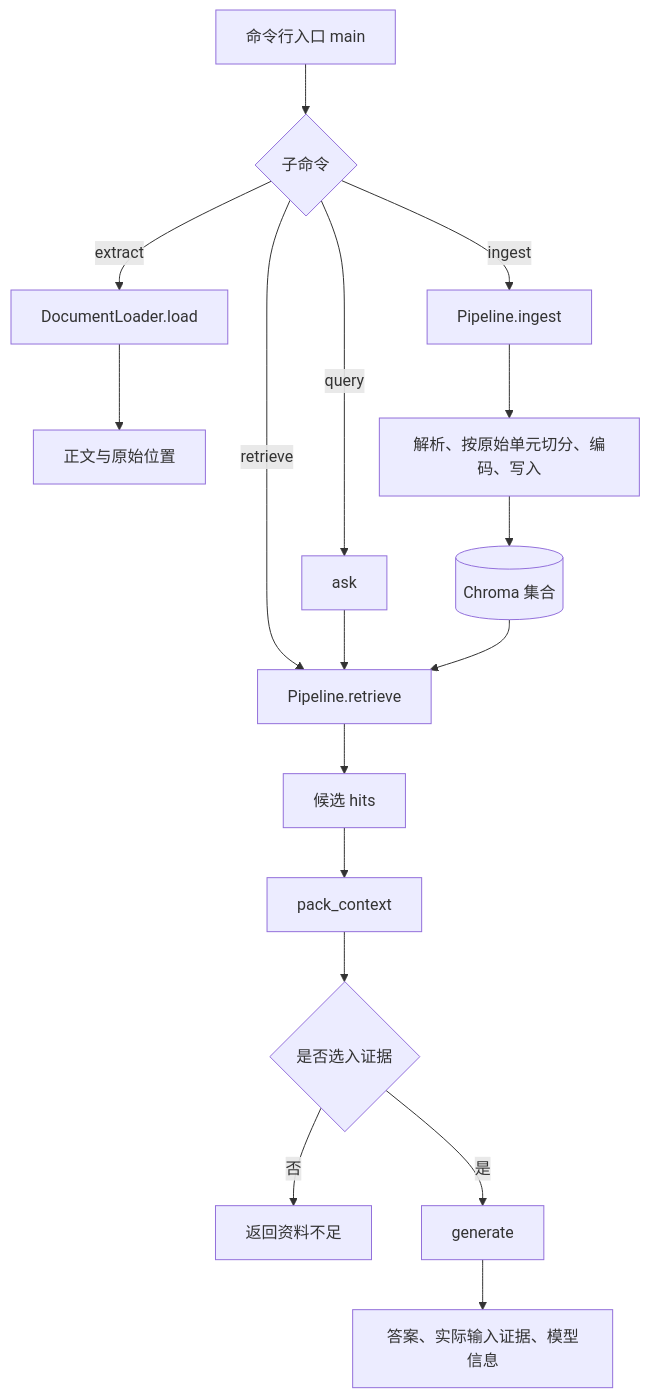
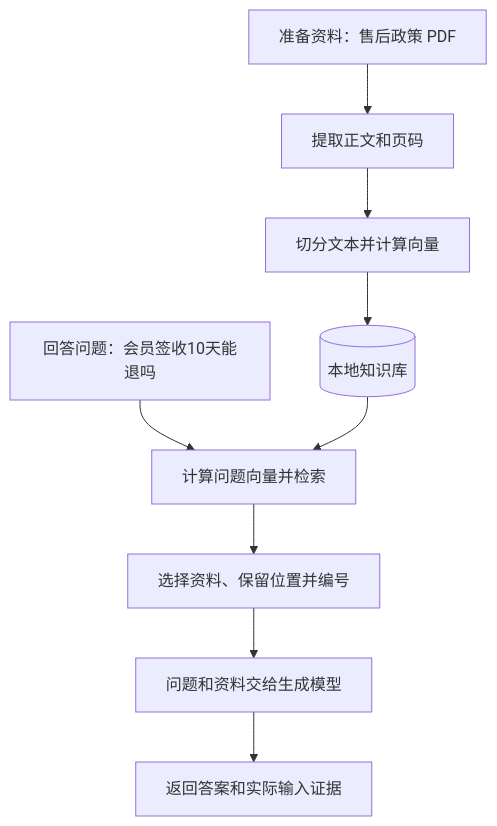
One commit to benx92/ai-learning-notes changed the diagram in 13-RAG实战从文档到问答系统.md. Above: the diagram before and after it, drawn with Mermaid. The commit also changed other lines of this file and 19 other files, not shown here.

````diff
--- a/13-RAG实战从文档到问答系统.md
+++ b/13-RAG实战从文档到问答系统.md
@@ -124,19 +77,11 @@
 ```mermaid
 flowchart TD
-    A[命令行入口 main] --> B{子命令}
-    B -- extract --> N[DocumentLoader.load]
-    N --> O[正文与原始位置]
-    B -- ingest --> C[Pipeline.ingest]
-    C --> D[解析、按原始单元切分、编码、写入]
-    D --> E[(Chroma 集合)]
-    B -- retrieve --> F[Pipeline.retrieve]
-    B -- query --> G[ask]
-    G --> F
-    E --> F
-    F --> H[候选 hits]
-    H --> I[pack_context]
-    I --> J{是否选入证据}
-    J -- 否 --> K[返回资料不足]
-    J -- 是 --> L[generate]
-    L --> M[答案、实际输入证据、模型信息]
+    A[准备资料：售后政策 PDF] --> B[提取正文和页码]
+    B --> C[切分文本并计算向量]
+    C --> D[(本地知识库)]
+    E[回答问题：会员签收10天能退吗] --> F[计算问题向量并检索]
+    D --> F
+    F --> G[选择资料、保留位置并编号]
+    G --> H[问题和资料交给生成模型]
+    H --> I[返回答案和实际输入证据]
 ```
````
